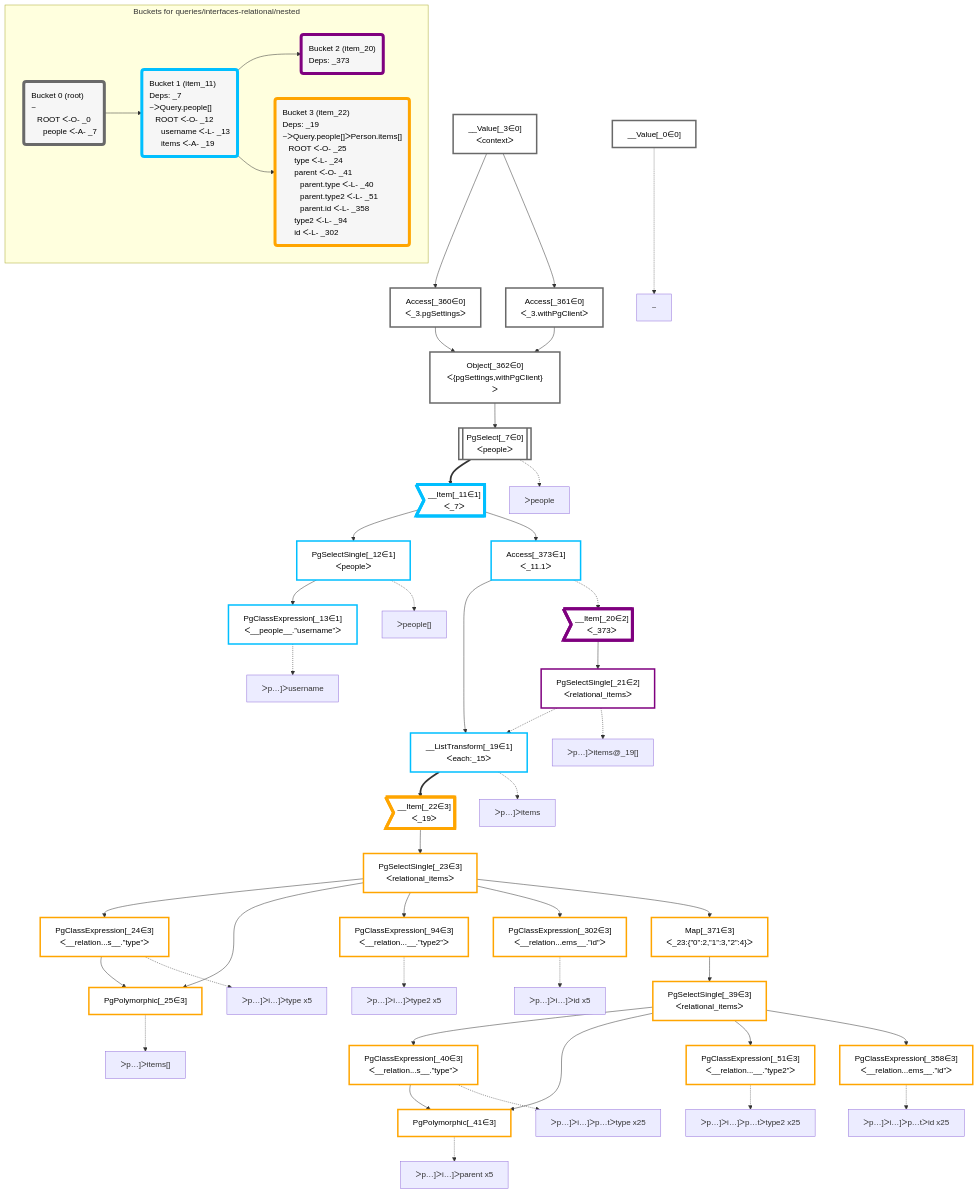
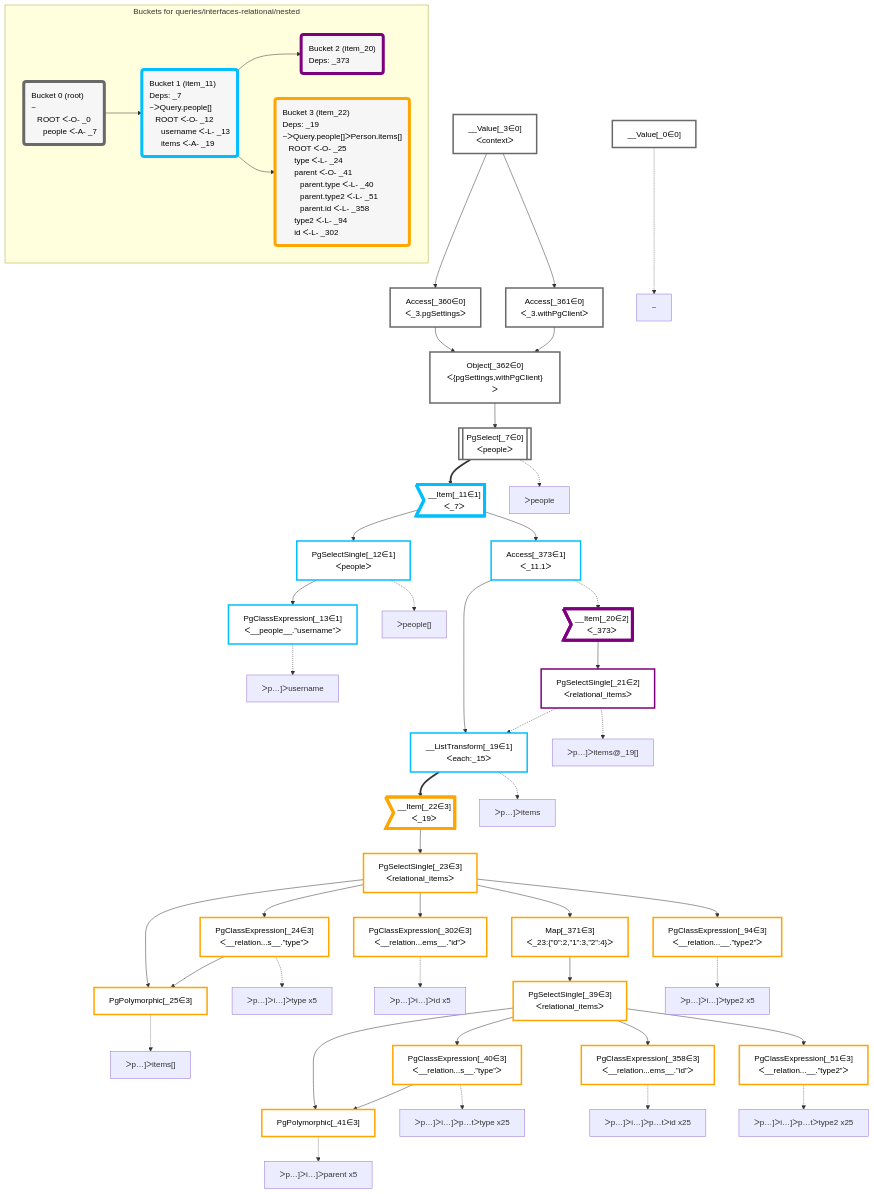
The diagram in packages/dataplan-pg/__tests__/queries/interfaces-relational/nested.mermaid.md (graphile/crystal), drawn with Mermaid before and after one commit. The commit also changed other lines of this file and 195 other files, not shown here.

```diff
--- a/packages/dataplan-pg/__tests__/queries/interfaces-relational/nested.mermaid.md
+++ b/packages/dataplan-pg/__tests__/queries/interfaces-relational/nested.mermaid.md
@@ -9,56 +9,56 @@
 
     %% define plans
     __Value_0["__Value[_0∈0]"]:::plan
-    __Value_3["__Value[_3∈0]<br />ᐸcontextᐳ"]:::plan
+    PgClassExpression_13["PgClassExpression[_13∈1]<br />ᐸ__people__.”username”ᐳ"]:::plan
+    PgSelectSingle_12["PgSelectSingle[_12∈1]<br />ᐸpeopleᐳ"]:::plan
+    PgPolymorphic_25["PgPolymorphic[_25∈3]"]:::plan
+    PgClassExpression_24["PgClassExpression[_24∈3]<br />ᐸ__relation...s__.”type”ᐳ"]:::plan
+    PgClassExpression_302["PgClassExpression[_302∈3]<br />ᐸ__relation...ems__.”id”ᐳ"]:::plan
+    PgPolymorphic_41["PgPolymorphic[_41∈3]"]:::plan
+    PgClassExpression_40["PgClassExpression[_40∈3]<br />ᐸ__relation...s__.”type”ᐳ"]:::plan
+    PgClassExpression_358["PgClassExpression[_358∈3]<br />ᐸ__relation...ems__.”id”ᐳ"]:::plan
+    PgClassExpression_51["PgClassExpression[_51∈3]<br />ᐸ__relation...__.”type2”ᐳ"]:::plan
+    PgSelectSingle_39["PgSelectSingle[_39∈3]<br />ᐸrelational_itemsᐳ"]:::plan
+    Map_371["Map[_371∈3]<br />ᐸ_23:{”0”:2,”1”:3,”2”:4}ᐳ"]:::plan
+    PgClassExpression_94["PgClassExpression[_94∈3]<br />ᐸ__relation...__.”type2”ᐳ"]:::plan
+    PgSelectSingle_23["PgSelectSingle[_23∈3]<br />ᐸrelational_itemsᐳ"]:::plan
+    __Item_22>"__Item[_22∈3]<br />ᐸ_19ᐳ"]:::itemplan
+    __ListTransform_19["__ListTransform[_19∈1]<br />ᐸeach:_15ᐳ"]:::plan
+    PgSelectSingle_21["PgSelectSingle[_21∈2]<br />ᐸrelational_itemsᐳ"]:::plan
+    __Item_20>"__Item[_20∈2]<br />ᐸ_373ᐳ"]:::itemplan
+    Access_373["Access[_373∈1]<br />ᐸ_11.1ᐳ"]:::plan
+    __Item_11>"__Item[_11∈1]<br />ᐸ_7ᐳ"]:::itemplan
     PgSelect_7[["PgSelect[_7∈0]<br />ᐸpeopleᐳ"]]:::plan
-    __Item_11>"__Item[_11∈1]<br />ᐸ_7ᐳ"]:::itemplan
-    PgSelectSingle_12["PgSelectSingle[_12∈1]<br />ᐸpeopleᐳ"]:::plan
-    PgClassExpression_13["PgClassExpression[_13∈1]<br />ᐸ__people__.”username”ᐳ"]:::plan
-    __ListTransform_19["__ListTransform[_19∈1]<br />ᐸeach:_15ᐳ"]:::plan
-    __Item_20>"__Item[_20∈2]<br />ᐸ_373ᐳ"]:::itemplan
-    PgSelectSingle_21["PgSelectSingle[_21∈2]<br />ᐸrelational_itemsᐳ"]:::plan
-    __Item_22>"__Item[_22∈3]<br />ᐸ_19ᐳ"]:::itemplan
-    PgSelectSingle_23["PgSelectSingle[_23∈3]<br />ᐸrelational_itemsᐳ"]:::plan
-    PgClassExpression_24["PgClassExpression[_24∈3]<br />ᐸ__relation...s__.”type”ᐳ"]:::plan
-    PgPolymorphic_25["PgPolymorphic[_25∈3]"]:::plan
-    PgSelectSingle_39["PgSelectSingle[_39∈3]<br />ᐸrelational_itemsᐳ"]:::plan
-    PgClassExpression_40["PgClassExpression[_40∈3]<br />ᐸ__relation...s__.”type”ᐳ"]:::plan
-    PgPolymorphic_41["PgPolymorphic[_41∈3]"]:::plan
-    PgClassExpression_51["PgClassExpression[_51∈3]<br />ᐸ__relation...__.”type2”ᐳ"]:::plan
-    PgClassExpression_94["PgClassExpression[_94∈3]<br />ᐸ__relation...__.”type2”ᐳ"]:::plan
-    PgClassExpression_302["PgClassExpression[_302∈3]<br />ᐸ__relation...ems__.”id”ᐳ"]:::plan
-    PgClassExpression_358["PgClassExpression[_358∈3]<br />ᐸ__relation...ems__.”id”ᐳ"]:::plan
+    Object_362["Object[_362∈0]<br />ᐸ{pgSettings,withPgClient}ᐳ"]:::plan
     Access_360["Access[_360∈0]<br />ᐸ_3.pgSettingsᐳ"]:::plan
     Access_361["Access[_361∈0]<br />ᐸ_3.withPgClientᐳ"]:::plan
-    Object_362["Object[_362∈0]<br />ᐸ{pgSettings,withPgClient}ᐳ"]:::plan
-    Map_371["Map[_371∈3]<br />ᐸ_23:{”0”:2,”1”:3,”2”:4}ᐳ"]:::plan
-    Access_373["Access[_373∈1]<br />ᐸ_11.1ᐳ"]:::plan
+    __Value_3["__Value[_3∈0]<br />ᐸcontextᐳ"]:::plan
 
     %% plan dependencies
-    Object_362 --> PgSelect_7
-    PgSelect_7 ==> __Item_11
+    PgSelectSingle_12 --> PgClassExpression_13
     __Item_11 --> PgSelectSingle_12
-    PgSelectSingle_12 --> PgClassExpression_13
+    PgSelectSingle_23 & PgClassExpression_24 --> PgPolymorphic_25
+    PgSelectSingle_23 --> PgClassExpression_24
+    PgSelectSingle_23 --> PgClassExpression_302
+    PgSelectSingle_39 & PgClassExpression_40 --> PgPolymorphic_41
+    PgSelectSingle_39 --> PgClassExpression_40
+    PgSelectSingle_39 --> PgClassExpression_358
+    PgSelectSingle_39 --> PgClassExpression_51
+    Map_371 --> PgSelectSingle_39
+    PgSelectSingle_23 --> Map_371
+    PgSelectSingle_23 --> PgClassExpression_94
+    __Item_22 --> PgSelectSingle_23
+    __ListTransform_19 ==> __Item_22
     Access_373 --> __ListTransform_19
     PgSelectSingle_21 -.-> __ListTransform_19
+    __Item_20 --> PgSelectSingle_21
     Access_373 -.-> __Item_20
-    __Item_20 --> PgSelectSingle_21
-    __ListTransform_19 ==> __Item_22
-    __Item_22 --> PgSelectSingle_23
-    PgSelectSingle_23 --> PgClassExpression_24
-    PgSelectSingle_23 & PgClassExpression_24 --> PgPolymorphic_25
-    Map_371 --> PgSelectSingle_39
-    PgSelectSingle_39 --> PgClassExpression_40
-    PgSelectSingle_39 & PgClassExpression_40 --> PgPolymorphic_41
-    PgSelectSingle_39 --> PgClassExpression_51
-    PgSelectSingle_23 --> PgClassExpression_94
-    PgSelectSingle_23 --> PgClassExpression_302
-    PgSelectSingle_39 --> PgClassExpression_358
+    __Item_11 --> Access_373
+    PgSelect_7 ==> __Item_11
+    Object_362 --> PgSelect_7
+    Access_360 & Access_361 --> Object_362
     __Value_3 --> Access_360
     __Value_3 --> Access_361
-    Access_360 & Access_361 --> Object_362
-    PgSelectSingle_23 --> Map_371
-    __Item_11 --> Access_373
 
     %% plan-to-path relationships
     P_0["~"]
```
